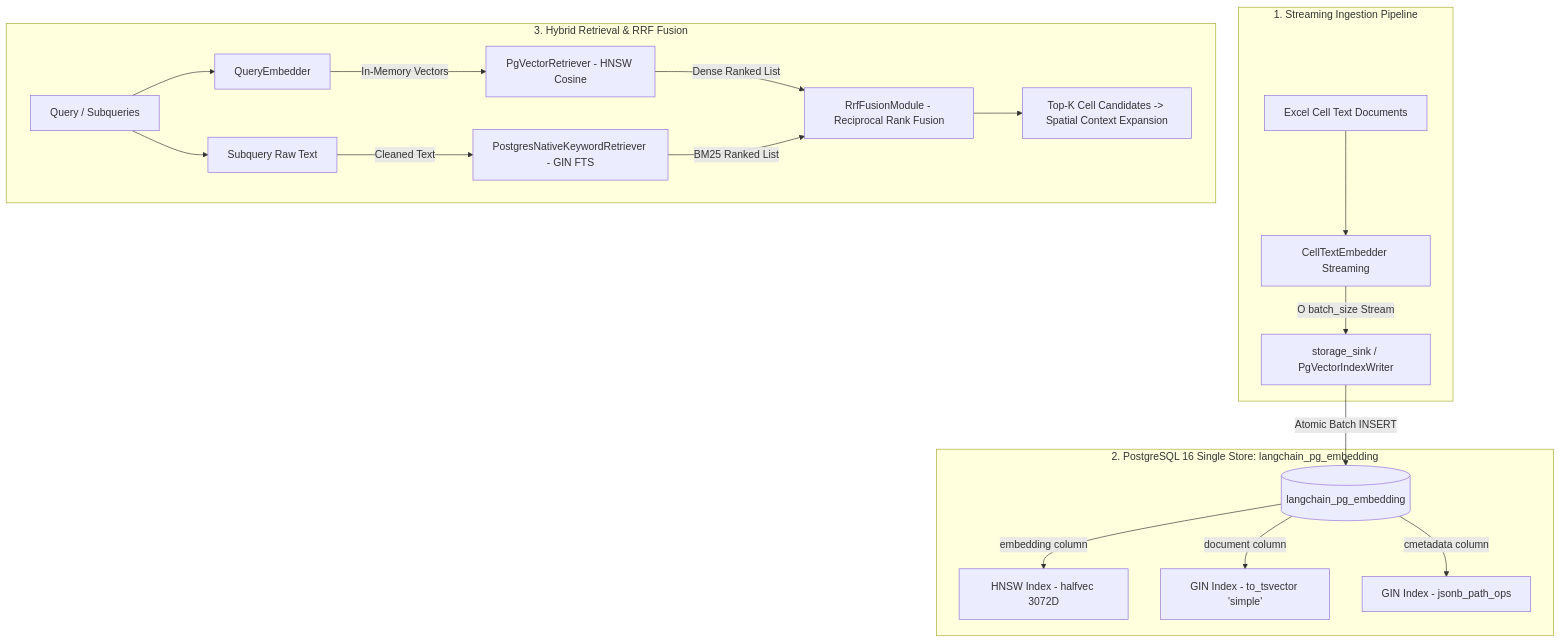
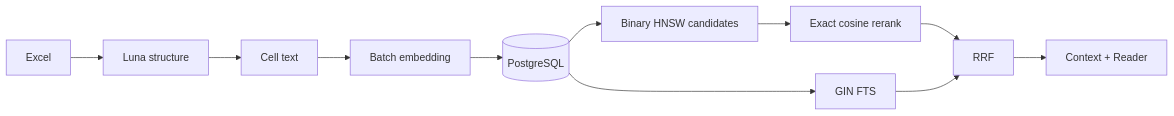
One commit to bist-mini-final/bist-mini-final changed the diagram in docs/adr/0001-hybrid-indexing-and-streaming-ingestion-strategy.md. Above: the diagram before and after it, drawn with Mermaid. The commit also changed other lines of this file and 247 other files, not shown here.

Commit message:
refactor: restructure backend BI architecture, centralize API contracts, and modernize worker management systems

````diff
--- a/docs/adr/0001-hybrid-indexing-and-streaming-ingestion-strategy.md
+++ b/docs/adr/0001-hybrid-indexing-and-streaming-ingestion-strategy.md
@@ -59,24 +21,13 @@
 ```mermaid
-flowchart TD
-    subgraph Ingestion_Pipeline [1. Streaming Ingestion Pipeline]
-        A[Excel Cell Text Documents] --> B[CellTextEmbedder Streaming]
-        B -->|O batch_size Stream| C[storage_sink / PgVectorIndexWriter]
-    end
-
-    subgraph PostgreSQL_Single_Store [2. PostgreSQL 16 Single Store: langchain_pg_embedding]
-        C -->|Atomic Batch INSERT| D[(langchain_pg_embedding)]
-        D -->|embedding column| E[HNSW Index - halfvec 3072D]
-        D -->|document column| F[GIN Index - to_tsvector 'simple']
-        D -->|cmetadata column| G[GIN Index - jsonb_path_ops]
-    end
-
-    subgraph Query_Retrieval_Pipeline [3. Hybrid Retrieval & RRF Fusion]
-        H[Query / Subqueries] --> I[QueryEmbedder]
-        H --> J[Subquery Raw Text]
-        I -->|In-Memory Vectors| K[PgVectorRetriever - HNSW Cosine]
-        J -->|Cleaned Text| L[PostgresNativeKeywordRetriever - GIN FTS]
-        K -->|Dense Ranked List| M[RrfFusionModule - Reciprocal Rank Fusion]
-        L -->|BM25 Ranked List| M
-        M --> N[Top-K Cell Candidates -> Spatial Context Expansion]
-    end
+flowchart LR
+    A[Excel] --> B[Luna structure]
+    B --> C[Cell text]
+    C --> D[Batch embedding]
+    D --> E[(PostgreSQL)]
+    E --> F[Binary HNSW candidates]
+    E --> G[GIN FTS]
+    F --> H[Exact cosine rerank]
+    H --> I[RRF]
+    G --> I
+    I --> J[Context + Reader]
 ```
````
